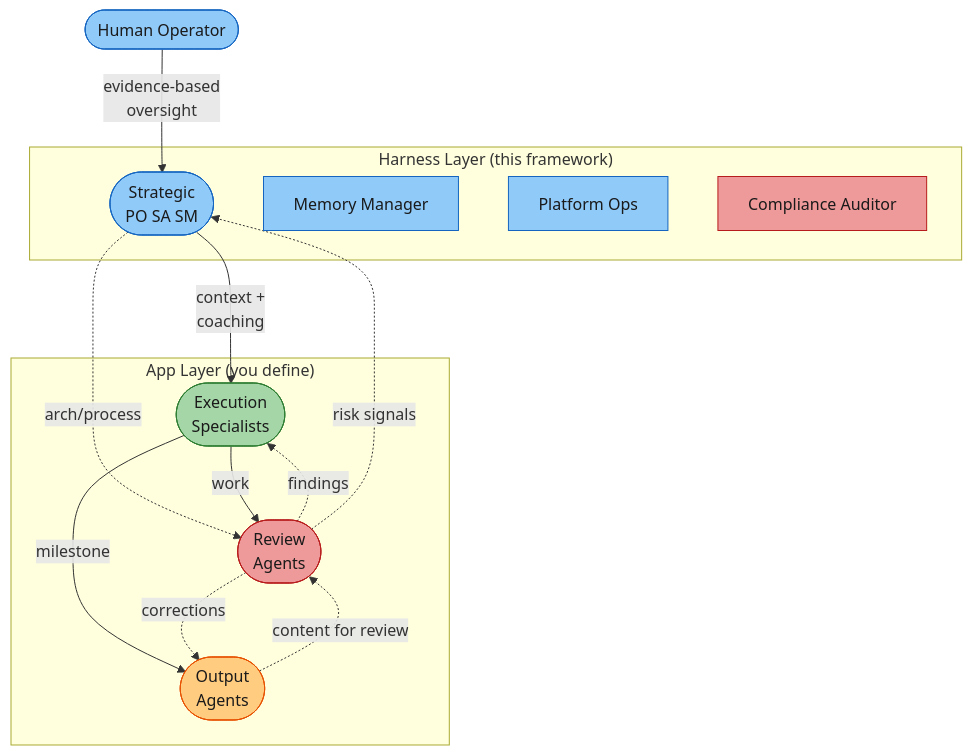
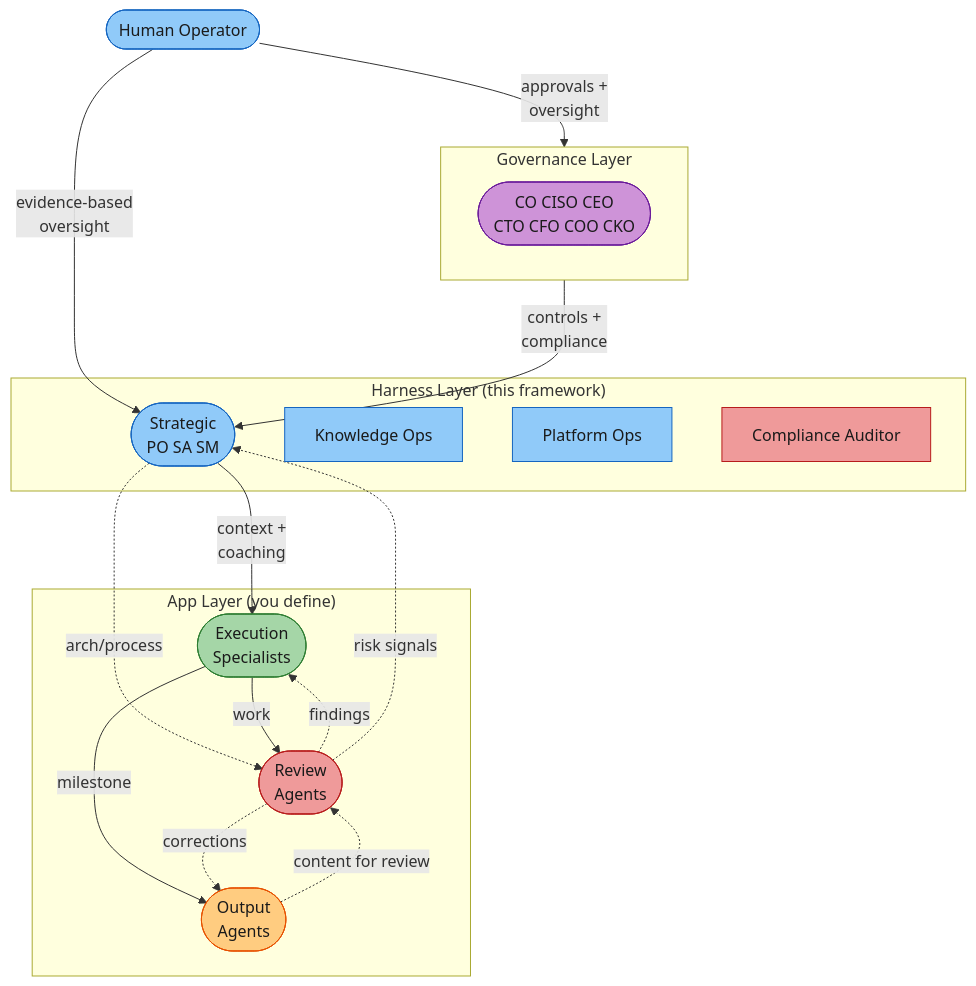
Before and after one commit to rdunie/venutian-antfarm: the diagram in docs/AGENT-FLEET-PATTERN.md, drawn with Mermaid. The commit also changed other lines of this file, not shown here.

Commit message:
docs: update AGENT-FLEET-PATTERN for governance tier, knowledge-ops rename

````diff
--- a/docs/AGENT-FLEET-PATTERN.md
+++ b/docs/AGENT-FLEET-PATTERN.md
@@ -31,36 +37,43 @@
 ```mermaid
 flowchart TD
     USER(["Human Operator"])
 
+    subgraph Gov ["Governance Layer"]
+        GOV_AGENTS(["CO  CISO  CEO\nCTO  CFO  COO  CKO"])
+    end
+
     subgraph Harness ["Harness Layer (this framework)"]
         S(["Strategic\nPO  SA  SM"])
-        MM["Memory Manager"]
+        MM["Knowledge Ops"]
         PO_OPS["Platform Ops"]
         CA["Compliance Auditor"]
     end
 
     subgraph AppLayer ["App Layer (you define)"]
         E(["Execution\nSpecialists"])
         R(["Review\nAgents"])
         O(["Output\nAgents"])
     end
 
+    USER -->|"approvals +\noversight"| Gov
+    Gov -->|"controls +\ncompliance"| S
     USER -->|"evidence-based\noversight"| S
     S -->|"context +\ncoaching"| E
     S -.->|"arch/process"| R
     E -->|"work"| R
     R -.->|"findings"| E
     R -.->|"risk signals"| S
     E -->|"milestone"| O
     R -.->|"corrections"| O
     O -.->|"content for review"| R
 
     style USER fill:#90caf9,stroke:#1565c0,color:#1a1a1a
+    style GOV_AGENTS fill:#ce93d8,stroke:#6a1b9a,color:#1a1a1a
     style S fill:#90caf9,stroke:#1565c0,color:#1a1a1a
     style MM fill:#90caf9,stroke:#1565c0,color:#1a1a1a
     style PO_OPS fill:#90caf9,stroke:#1565c0,color:#1a1a1a
     style CA fill:#ef9a9a,stroke:#b71c1c,color:#1a1a1a
     style E fill:#a5d6a7,stroke:#2e7d32,color:#1a1a1a
     style R fill:#ef9a9a,stroke:#b71c1c,color:#1a1a1a
     style O fill:#ffcc80,stroke:#e65100,color:#1a1a1a
 ```
````
